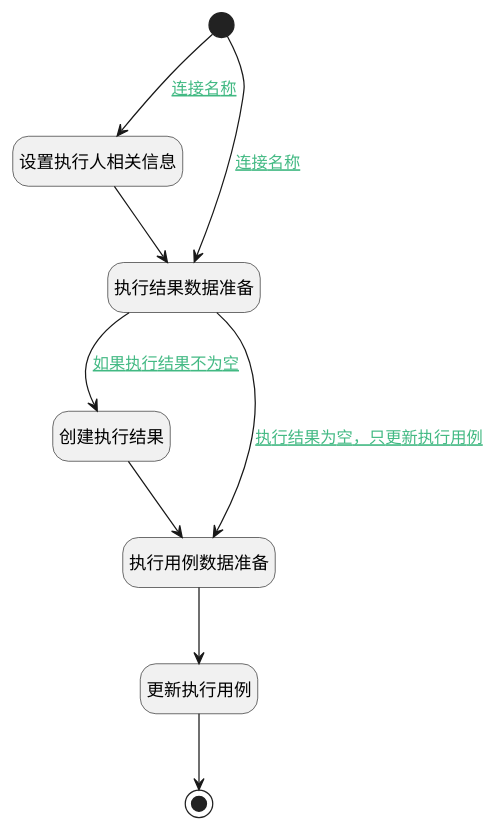
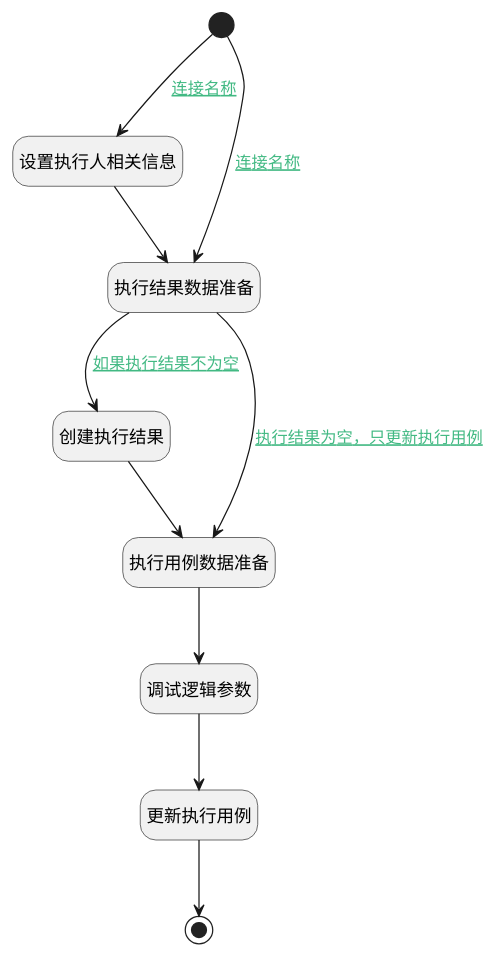
One commit to iBizLab/plm changed the diagram in doc/docsify/module/TestMgmt/run/logic/create_result.md. Above: the diagram before and after it, drawn with PlantUML. The commit also changed other lines of this file and 901 other files, not shown here.

````diff
--- a/doc/docsify/module/TestMgmt/run/logic/create_result.md
+++ b/doc/docsify/module/TestMgmt/run/logic/create_result.md
@@ -7,31 +7,33 @@
 ```plantuml
 @startuml
 hide empty description
 <style>
 root {
   HyperlinkColor #42b983
 }
 </style>
 
 hide empty description
 state "开始" as Begin <<start>> [[$./create_result#begin {"开始"}]]
 state "设置执行人相关信息" as PREPAREPARAM3  [[$./create_result#prepareparam3 {"设置执行人相关信息"}]]
 state "创建执行结果" as DEACTION6  [[$./create_result#deaction6 {"创建执行结果"}]]
 state "结束" as END3 <<end>> [[$./create_result#end3 {"结束"}]]
 state "执行结果数据准备" as PREPAREPARAM5  [[$./create_result#prepareparam5 {"执行结果数据准备"}]]
 state "执行用例数据准备" as PREPAREPARAM6  [[$./create_result#prepareparam6 {"执行用例数据准备"}]]
 state "更新执行用例" as DEACTION7  [[$./create_result#deaction7 {"更新执行用例"}]]
+state "调试逻辑参数" as DEBUGPARAM1  [[$./create_result#debugparam1 {"调试逻辑参数"}]]
 
 
 Begin --> PREPAREPARAM3 : [[$./create_result#begin-prepareparam3{连接名称} 连接名称]]
 PREPAREPARAM3 --> PREPAREPARAM5
 PREPAREPARAM5 --> DEACTION6 : [[$./create_result#prepareparam5-deaction6{如果执行结果不为空} 如果执行结果不为空]]
 DEACTION6 --> PREPAREPARAM6
-PREPAREPARAM6 --> DEACTION7
+PREPAREPARAM6 --> DEBUGPARAM1
+DEBUGPARAM1 --> DEACTION7
 DEACTION7 --> END3
 PREPAREPARAM5 --> PREPAREPARAM6 : [[$./create_result#prepareparam5-prepareparam6{执行结果为空，只更新执行用例} 执行结果为空，只更新执行用例]]
 Begin --> PREPAREPARAM5 : [[$./create_result#begin-prepareparam5{连接名称} 连接名称]]
 
 
 @enduml
 ```
````
